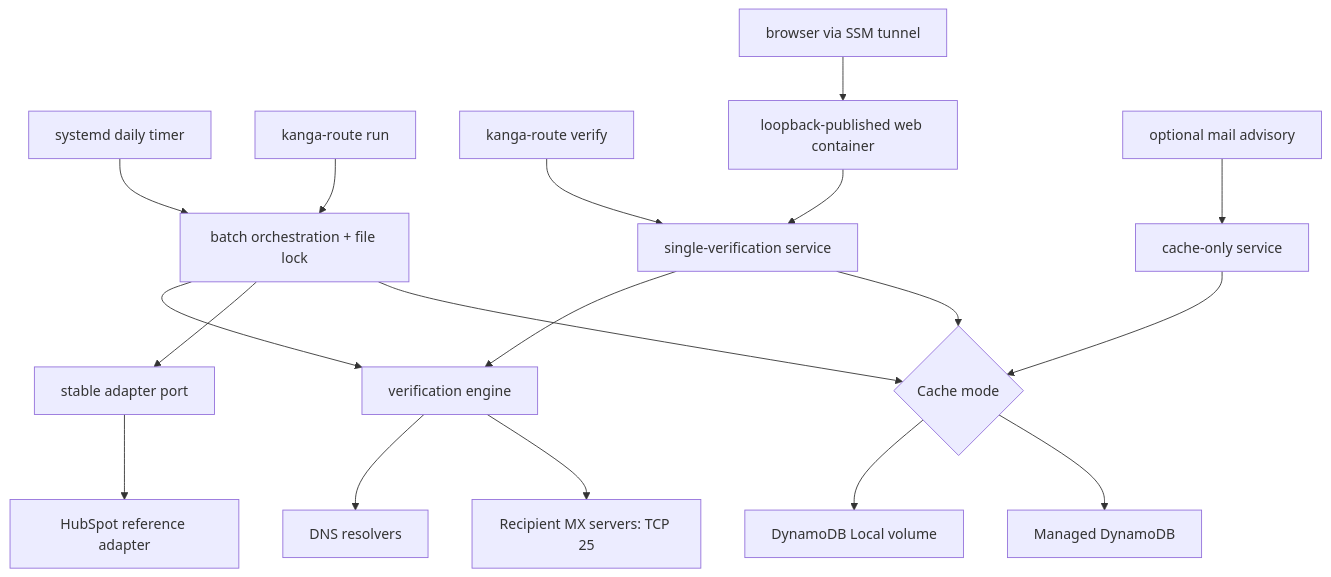
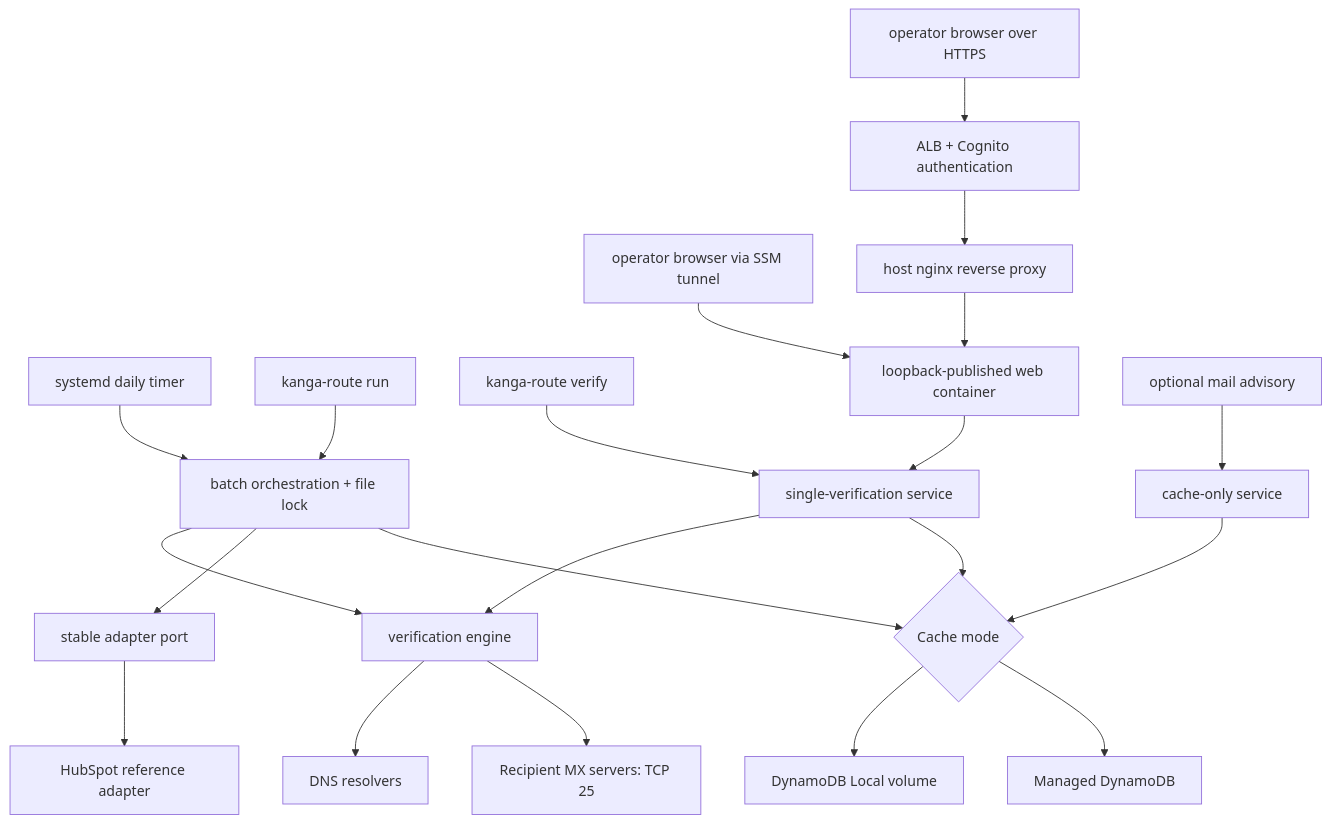
The diagram in docs/architecture.md (kanga-route/kanga-route), drawn with Mermaid before and after one commit. The commit also changed other lines of this file and 5 other files, not shown here.

````diff
--- a/docs/architecture.md
+++ b/docs/architecture.md
@@ -6,20 +8,23 @@
 ```mermaid
 flowchart TD
     Timer["systemd daily timer"] --> Batch["batch orchestration + file lock"]
     CLI["kanga-route run"] --> Batch
     SingleCLI["kanga-route verify"] --> Single["single-verification service"]
-    Browser["browser via SSM tunnel"] --> Web["loopback-published web container"]
+    PrivateBrowser["operator browser via SSM tunnel"] --> Web["loopback-published web container"]
+    PublicBrowser["operator browser over HTTPS"] --> Edge["ALB + Cognito authentication"]
+    Edge --> Proxy["host nginx reverse proxy"]
+    Proxy --> Web
     Web --> Single
     Batch --> Engine["verification engine"]
     Single --> Engine
     Batch --> Port["stable adapter port"]
     Port --> HubSpot["HubSpot reference adapter"]
     Engine --> DNS["DNS resolvers"]
     Engine --> MX["Recipient MX servers: TCP 25"]
     Batch --> Cache{"Cache mode"}
     Single --> Cache
     Mail["optional mail advisory"] --> Advice["cache-only service"]
     Advice --> Cache
     Cache --> Local["DynamoDB Local volume"]
     Cache --> Cloud["Managed DynamoDB"]
 ```
````
